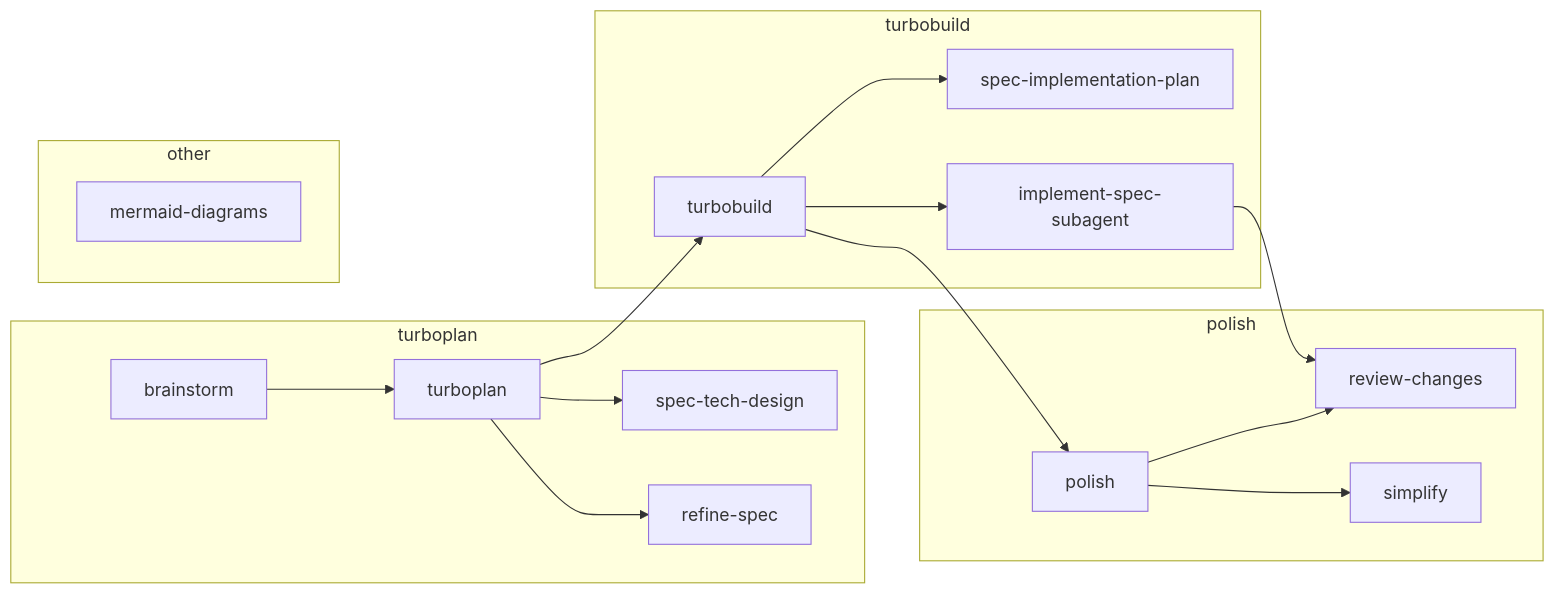
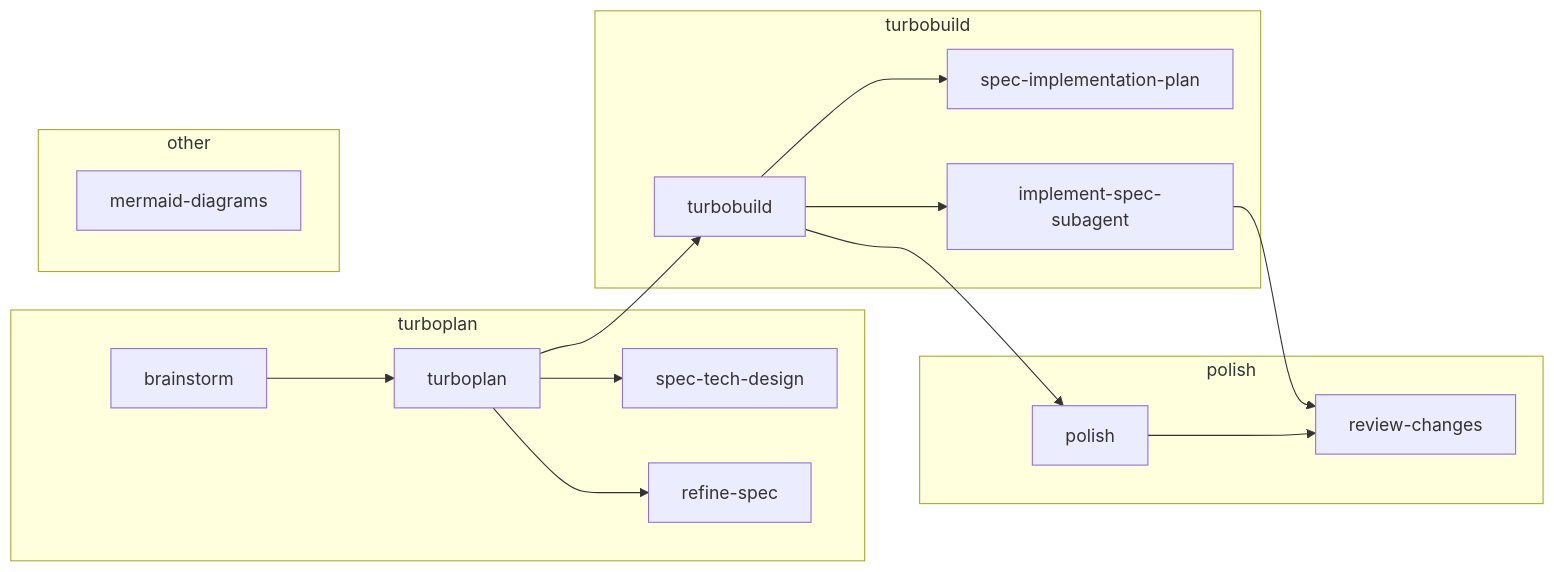
The diagram in docs/skills.md (rstacruz/agentic-toolkit), drawn with Mermaid before and after one commit. The commit also changed other lines of this file and 2 other files, not shown here.

Commit message:
delete: remove simplify skill, update polish flows

````diff
--- a/docs/skills.md
+++ b/docs/skills.md
@@ -51,33 +51,31 @@
 ```mermaid
 graph LR
   brainstorm --> turboplan["turboplan"]
   turboplan --> spectech["spec-tech-design"]
   turboplan --> refinespec["refine-spec"]
   turboplan --> turbobuild["turbobuild"]
   turbobuild --> specimpl["spec-implementation-plan"]
   turbobuild --> implsubagent["implement-spec-subagent"]
   turbobuild --> polish
   implsubagent --> reviewchanges["review-changes"]
   polish["polish"] --> reviewchanges
-  polish --> simplify["simplify"]
 
   subgraph turboplan_group["turboplan"]
     brainstorm
     turboplan
     spectech
     refinespec
   end
   subgraph turbobuild_group["turbobuild"]
     turbobuild
     specimpl
     implsubagent
   end
   subgraph polish_group["polish"]
     polish
     reviewchanges
-    simplify
   end
   subgraph other_group["other"]
     mermaid["mermaid-diagrams"]
   end
 ```
````
